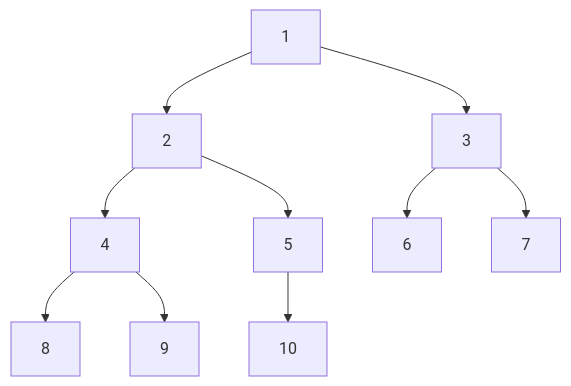
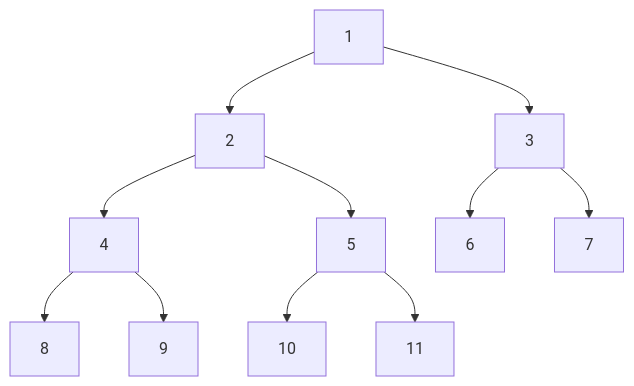
The diagram in content/Computer Science/Problem Sets/Problem Set 7.md (cmvandrevala/more-than-equations), drawn with Mermaid before and after one commit.

Commit message:
Add node 11 to the diagram to prevent confusion about whether 10 is a left or right subtree

````diff
--- a/content/Computer Science/Problem Sets/Problem Set 7.md
+++ b/content/Computer Science/Problem Sets/Problem Set 7.md
@@ -7,12 +7,13 @@
 ```mermaid
 flowchart TB
     1 --> 2
     1 --> 3
     2 --> 4
     2 --> 5
     3 --> 6
     3 --> 7
     4 --> 8
     4 --> 9
     5 --> 10
+    5 --> 11
 ```
````
